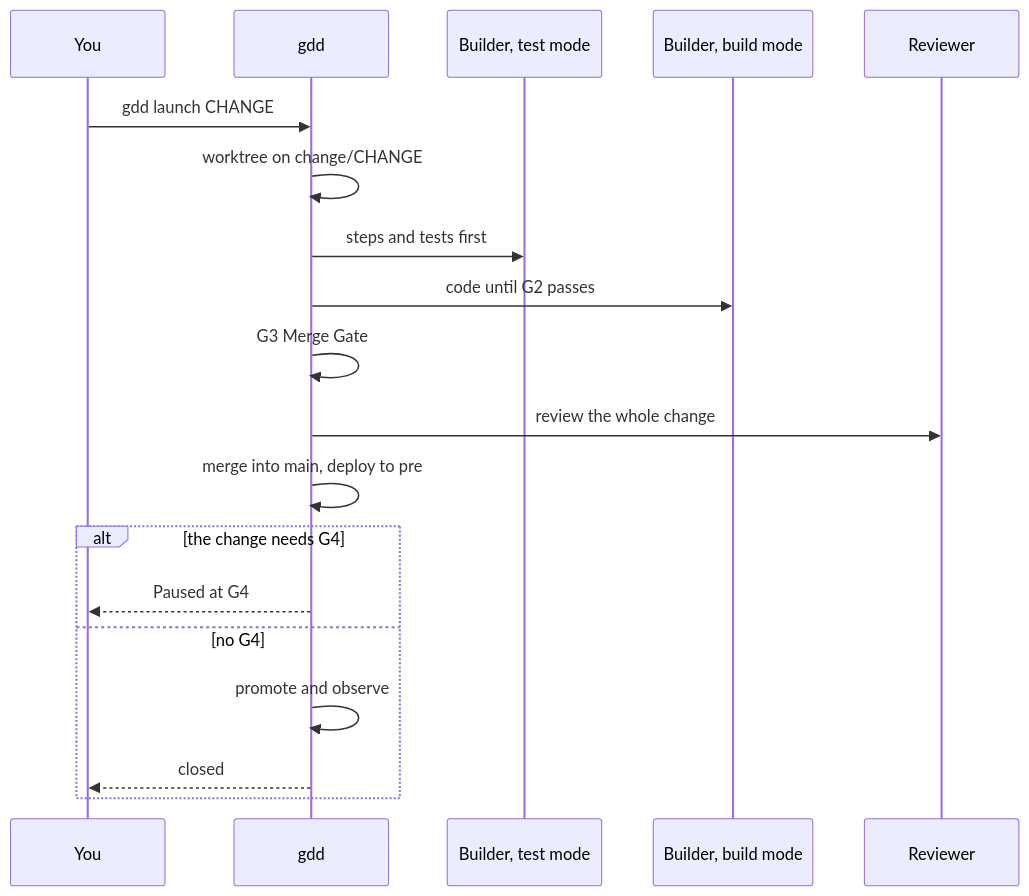
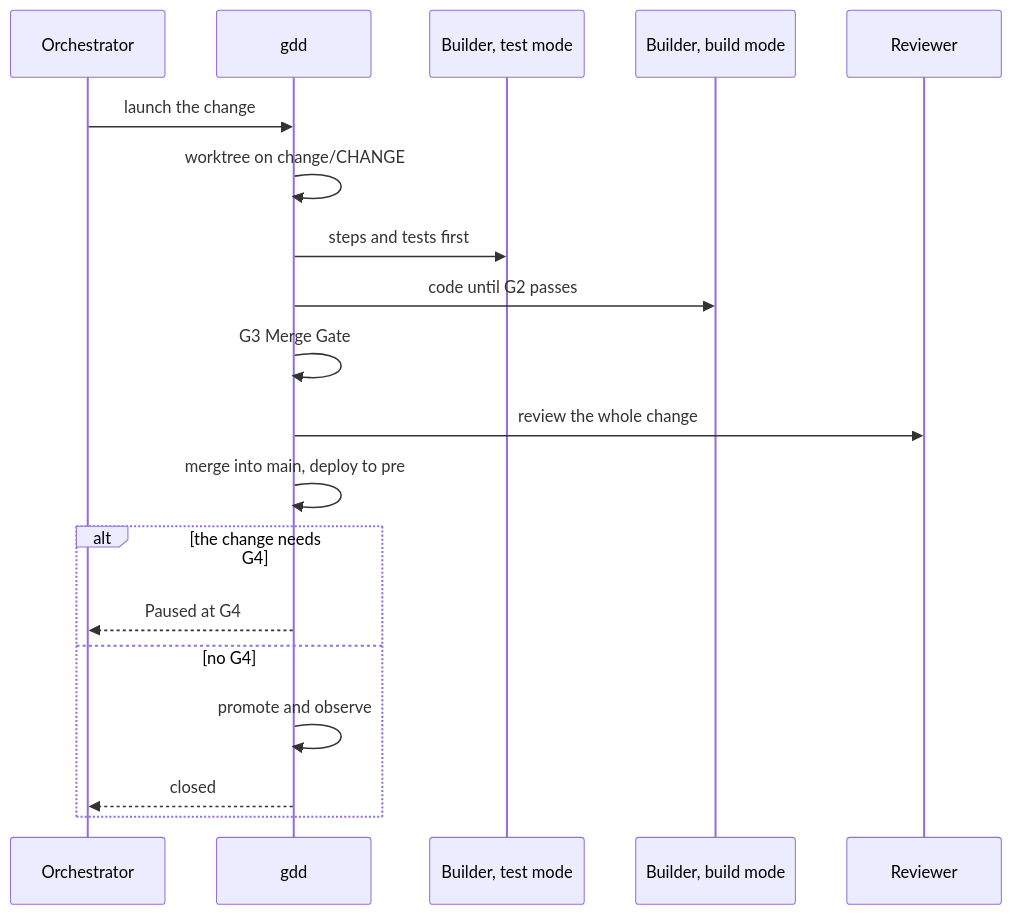
One commit to MarsGotta/gdd changed the diagram in docs/how-to/run-a-change.md. Above: the diagram before and after it, drawn with Mermaid. The commit also changed other lines of this file and 210 other files, not shown here.

````diff
--- a/docs/how-to/run-a-change.md
+++ b/docs/how-to/run-a-change.md
@@ -176,21 +107,21 @@
 ```mermaid
 sequenceDiagram
-    participant You
+    participant O as Orchestrator
     participant gdd
     participant Test as Builder, test mode
     participant Build as Builder, build mode
     participant Rev as Reviewer
-    You->>gdd: gdd launch CHANGE
+    O->>gdd: launch the change
     gdd->>gdd: worktree on change/CHANGE
     gdd->>Test: steps and tests first
     gdd->>Build: code until G2 passes
     gdd->>gdd: G3 Merge Gate
     gdd->>Rev: review the whole change
     gdd->>gdd: merge into main, deploy to pre
     alt the change needs G4
-        gdd-->>You: Paused at G4
+        gdd-->>O: Paused at G4
     else no G4
         gdd->>gdd: promote and observe
-        gdd-->>You: closed
+        gdd-->>O: closed
     end
 ```
````
